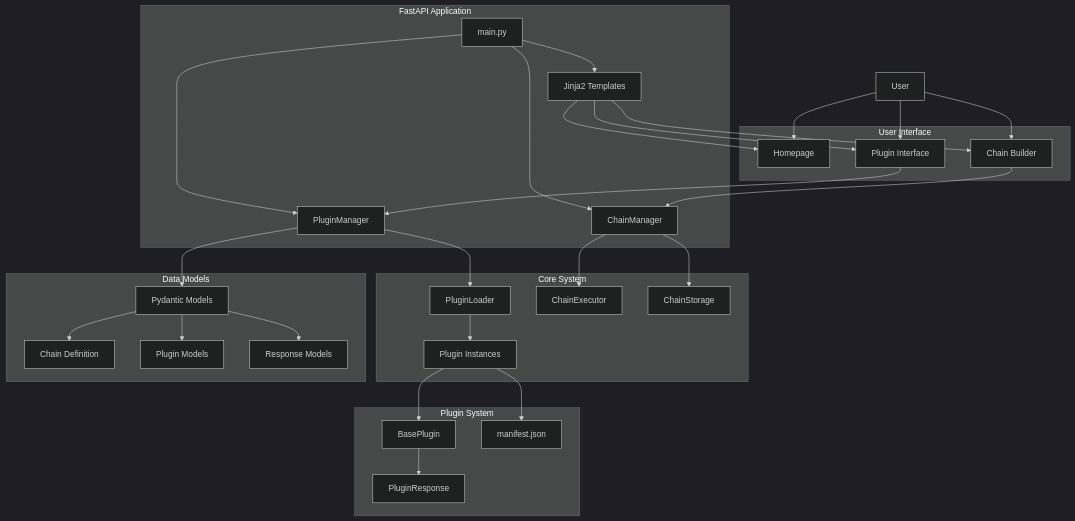
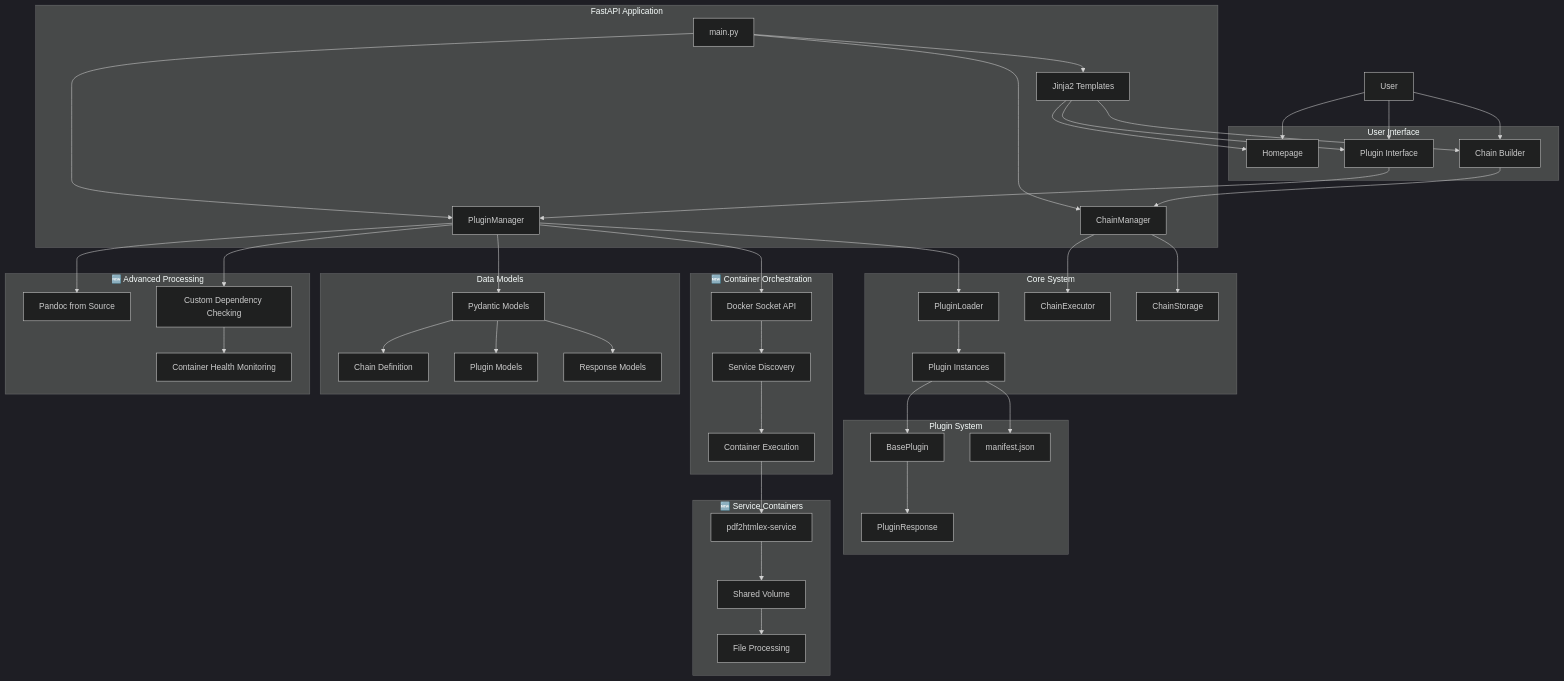
The diagram in REPO.md (pedroanisio/dwp), drawn with Mermaid (dark theme) before and after one commit. The commit also changed other lines of this file, not shown here.

First line of the commit message:
feat: enhance project documentation and introduce container orchestration features

````diff
--- a/REPO.md
+++ b/REPO.md
@@ -202,41 +218,59 @@
 ```mermaid
 graph TB
     subgraph "FastAPI Application"
         Main[main.py] --> PM[PluginManager]
         Main --> CM[ChainManager]
         Main --> Templates[Jinja2 Templates]
     end
     
     subgraph "Core System"
         PM --> PL[PluginLoader]
         CM --> CE[ChainExecutor]
         CM --> CS[ChainStorage]
         PL --> Plugins[Plugin Instances]
     end
     
     subgraph "Plugin System"
         Plugins --> BP[BasePlugin]
         BP --> PR[PluginResponse]
         Plugins --> Manifest[manifest.json]
     end
     
+    subgraph "🆕 Container Orchestration"
+        PM --> Docker[Docker Socket API]
+        Docker --> ServiceDiscovery[Service Discovery]
+        ServiceDiscovery --> ContainerExec[Container Execution]
+    end
+    
+    subgraph "🆕 Service Containers"
+        ContainerExec --> PDF2HTML[pdf2htmlex-service]
+        PDF2HTML --> SharedVol[Shared Volume]
+        SharedVol --> FileProcessing[File Processing]
+    end
+    
     subgraph "Data Models"
         PM --> Models[Pydantic Models]
         Models --> Chain[Chain Definition]
         Models --> Plugin[Plugin Models]
         Models --> Response[Response Models]
     end
     
     subgraph "User Interface"        
         Templates --> Home[Homepage]
         Templates --> Builder[Chain Builder]
         Templates --> PluginUI[Plugin Interface]
     end
     
     User[User] --> Home
     User --> Builder
     User --> PluginUI
     
     Builder --> CM
     PluginUI --> PM
+    
+    subgraph "🆕 Advanced Processing"
+        PM --> PandocService[Pandoc from Source]
+        PM --> CustomDeps[Custom Dependency Checking]
+        CustomDeps --> ContainerHealth[Container Health Monitoring]
+    end
 ```
````
